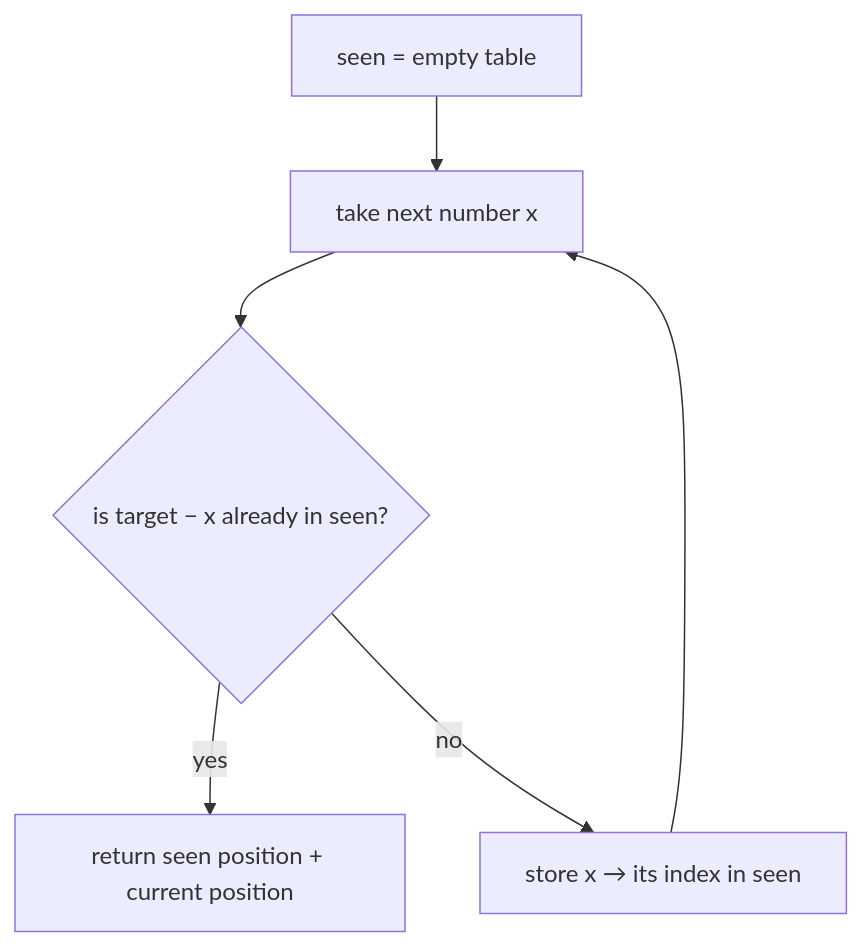
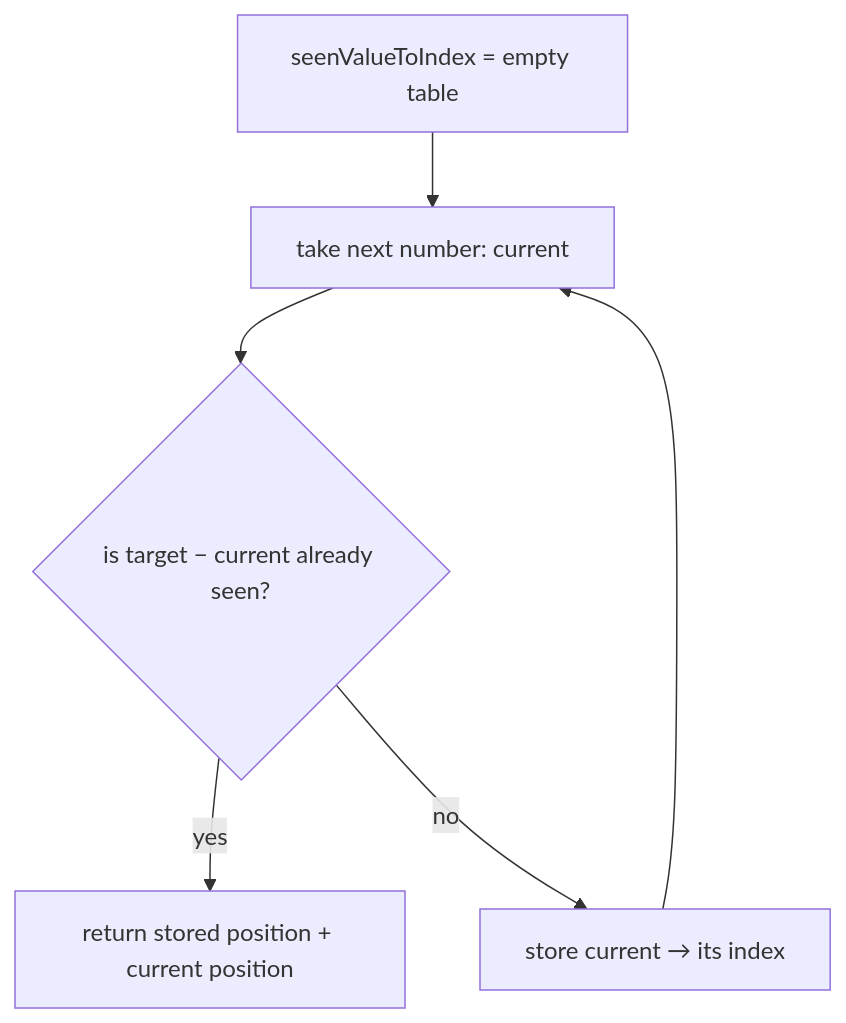
Before and after one commit to Albertobar94/ts-algorithms: the diagram in techniques/hashing/two-sum/README.md, drawn with Mermaid. The commit also changed other lines of this file and 43 other files, not shown here.

````diff
--- a/techniques/hashing/two-sum/README.md
+++ b/techniques/hashing/two-sum/README.md
@@ -58,8 +58,8 @@
 ```mermaid
 flowchart TD
-    A[seen = empty table] --> B[take next number x]
-    B --> C{is target − x already in seen?}
-    C -- yes --> D[return seen position + current position]
-    C -- no --> E[store x → its index in seen]
+    A[seenValueToIndex = empty table] --> B[take next number: current]
+    B --> C{is target − current already seen?}
+    C -- yes --> D[return stored position + current position]
+    C -- no --> E[store current → its index]
     E --> B
 ```
````
